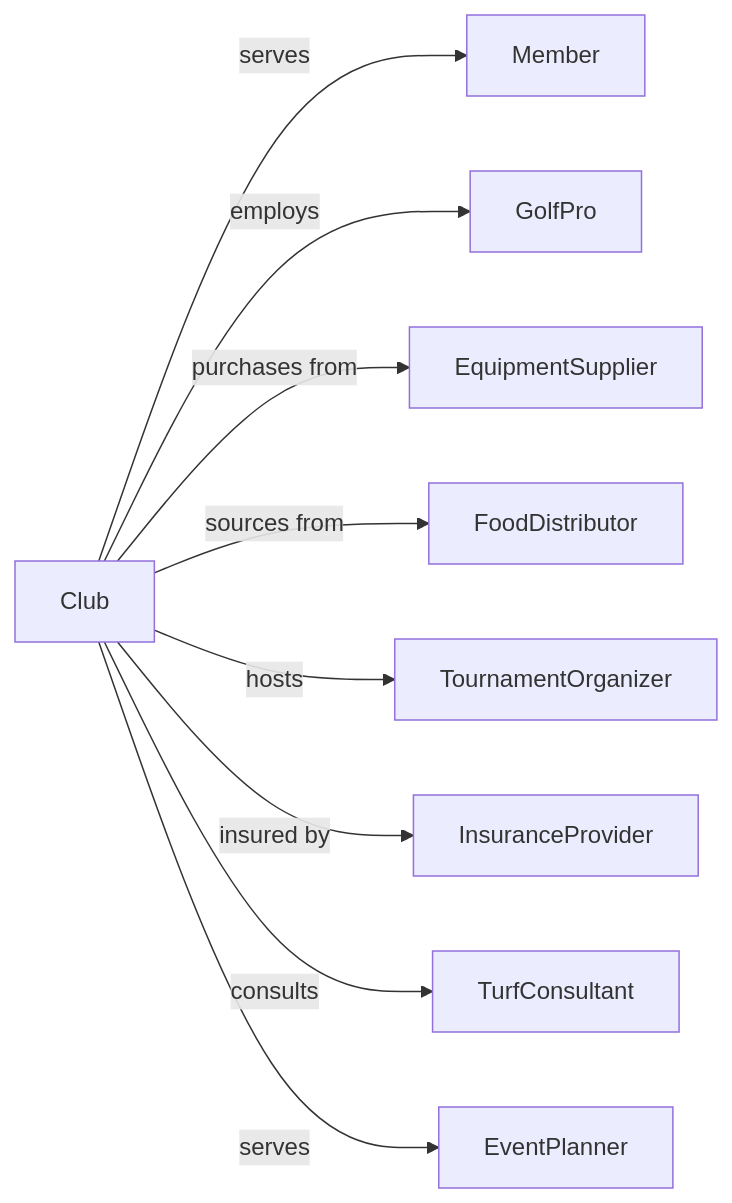
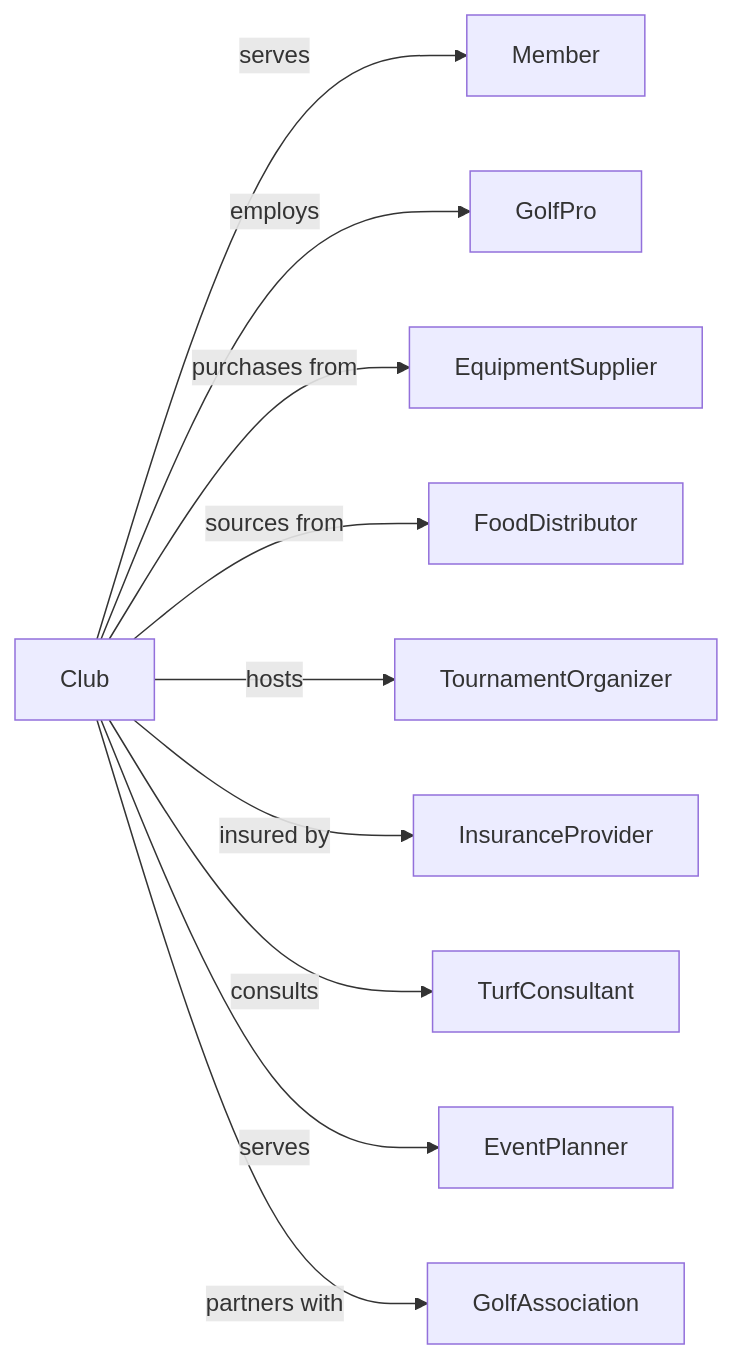
One commit to dot-org-ai/industries.org.ai changed the second of 2 diagrams in Arts/AmusementGamblingAndRecreationIndustries/OtherAmusementAndRecreationIndustries/GolfCoursesAndCountryClubs.mdx. Above: the diagram before and after it, drawn with Mermaid. The commit also changed 588 other files, not shown here.

````diff
--- a/Arts/AmusementGamblingAndRecreationIndustries/OtherAmusementAndRecreationIndustries/GolfCoursesAndCountryClubs.mdx
+++ b/Arts/AmusementGamblingAndRecreationIndustries/OtherAmusementAndRecreationIndustries/GolfCoursesAndCountryClubs.mdx
@@ -128,13 +128,14 @@
 ```mermaid
 graph LR
     C[Club]
 
     C -->|serves| Member
     C -->|employs| GolfPro
     C -->|purchases from| EquipmentSupplier
     C -->|sources from| FoodDistributor
     C -->|hosts| TournamentOrganizer
     C -->|insured by| InsuranceProvider
     C -->|consults| TurfConsultant
     C -->|serves| EventPlanner
+    C -->|partners with| GolfAssociation
 ```
````
